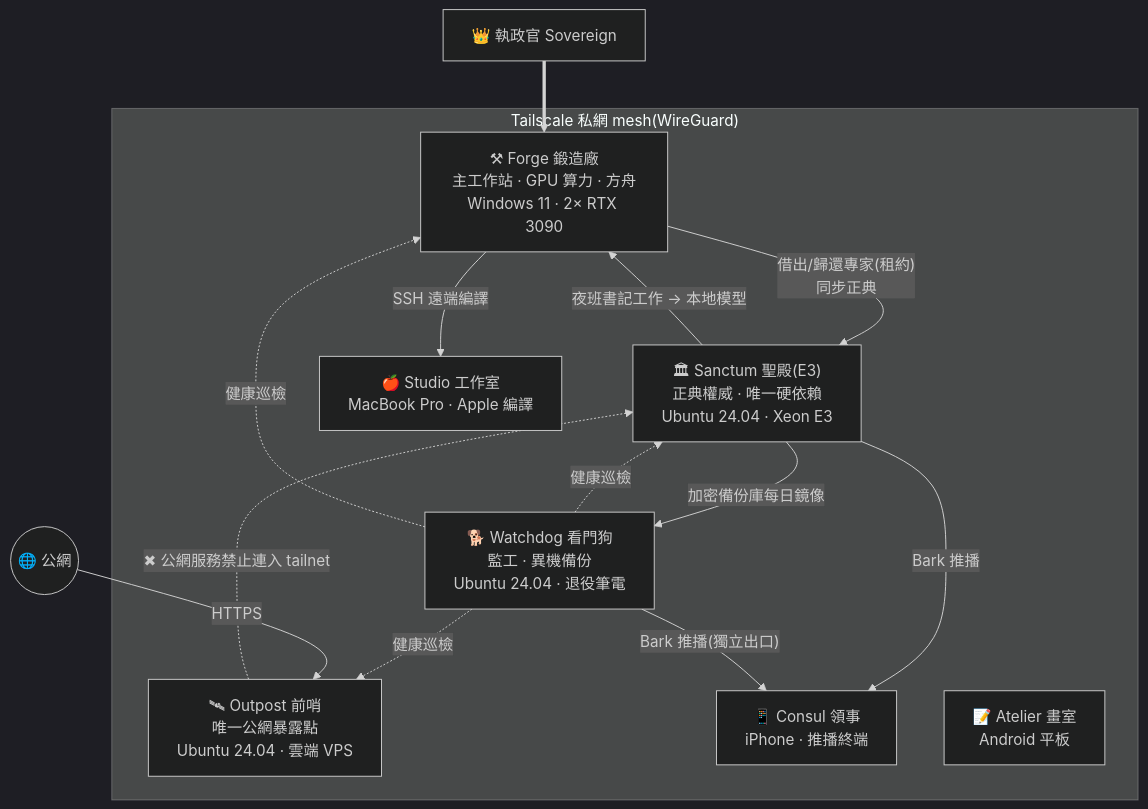
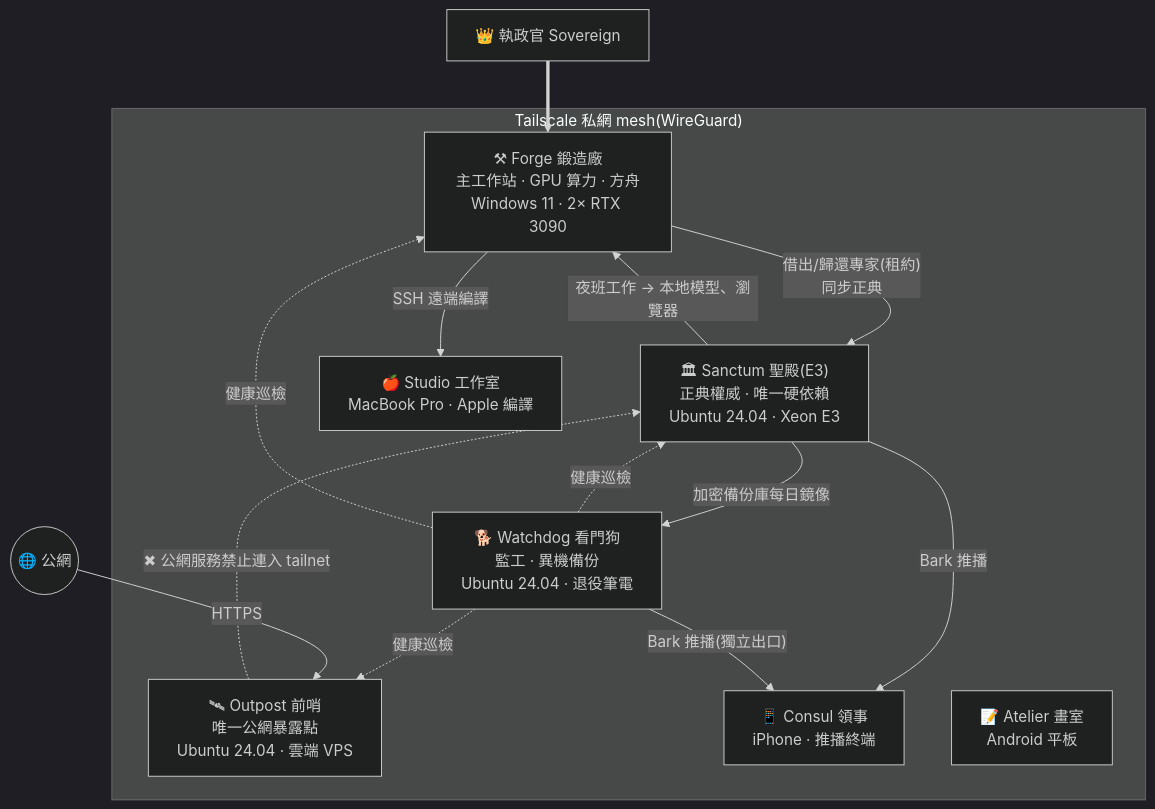
Before and after one commit to Zaious/ChronicleCore-Architecture: the first of 2 diagrams in architecture/INFRASTRUCTURE_zh-TW.md, drawn with Mermaid (dark theme). The commit also changed other lines of this file and 3 other files, not shown here.

````diff
--- a/architecture/INFRASTRUCTURE_zh-TW.md
+++ b/architecture/INFRASTRUCTURE_zh-TW.md
@@ -76,29 +76,29 @@
 ```mermaid
 graph TB
     SOV["👑 執政官 Sovereign"]
 
     subgraph TAILNET ["Tailscale 私網 mesh(WireGuard)"]
         FORGE["⚒ Forge 鍛造廠<br/>主工作站 · GPU 算力 · 方舟<br/>Windows 11 · 2× RTX 3090"]
         SANCTUM["🏛 Sanctum 聖殿(E3)<br/>正典權威 · 唯一硬依賴<br/>Ubuntu 24.04 · Xeon E3"]
         WATCHDOG["🐕 Watchdog 看門狗<br/>監工 · 異機備份<br/>Ubuntu 24.04 · 退役筆電"]
         OUTPOST["🛰 Outpost 前哨<br/>唯一公網暴露點<br/>Ubuntu 24.04 · 雲端 VPS"]
         CONSUL["📱 Consul 領事<br/>iPhone · 推播終端"]
         ATELIER["📝 Atelier 畫室<br/>Android 平板"]
         STUDIO["🍎 Studio 工作室<br/>MacBook Pro · Apple 編譯"]
     end
 
     PUBLIC(("🌐 公網"))
 
     SOV ==> FORGE
     FORGE -- "借出/歸還專家(租約)<br/>同步正典" --> SANCTUM
-    SANCTUM -- "夜班書記工作 → 本地模型" --> FORGE
+    SANCTUM -- "夜班工作 → 本地模型、瀏覽器" --> FORGE
     SANCTUM -- "加密備份庫每日鏡像" --> WATCHDOG
     WATCHDOG -. "健康巡檢" .-> SANCTUM
     WATCHDOG -. "健康巡檢" .-> FORGE
     WATCHDOG -. "健康巡檢" .-> OUTPOST
     SANCTUM -- "Bark 推播" --> CONSUL
     WATCHDOG -- "Bark 推播(獨立出口)" --> CONSUL
     FORGE -- "SSH 遠端編譯" --> STUDIO
     PUBLIC -- "HTTPS" --> OUTPOST
     OUTPOST -. "✖ 公網服務禁止連入 tailnet" .-> SANCTUM
 ```
````
